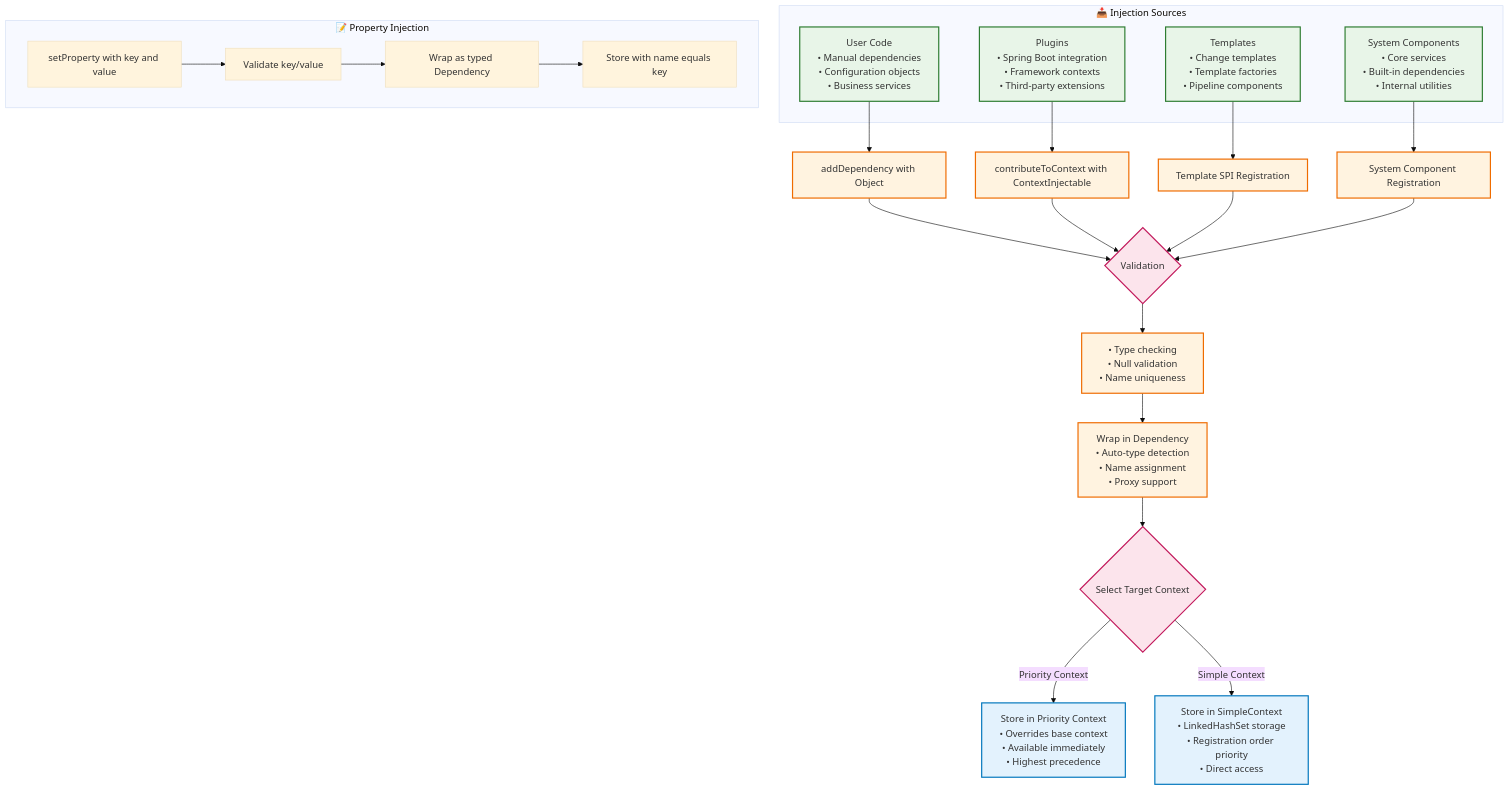
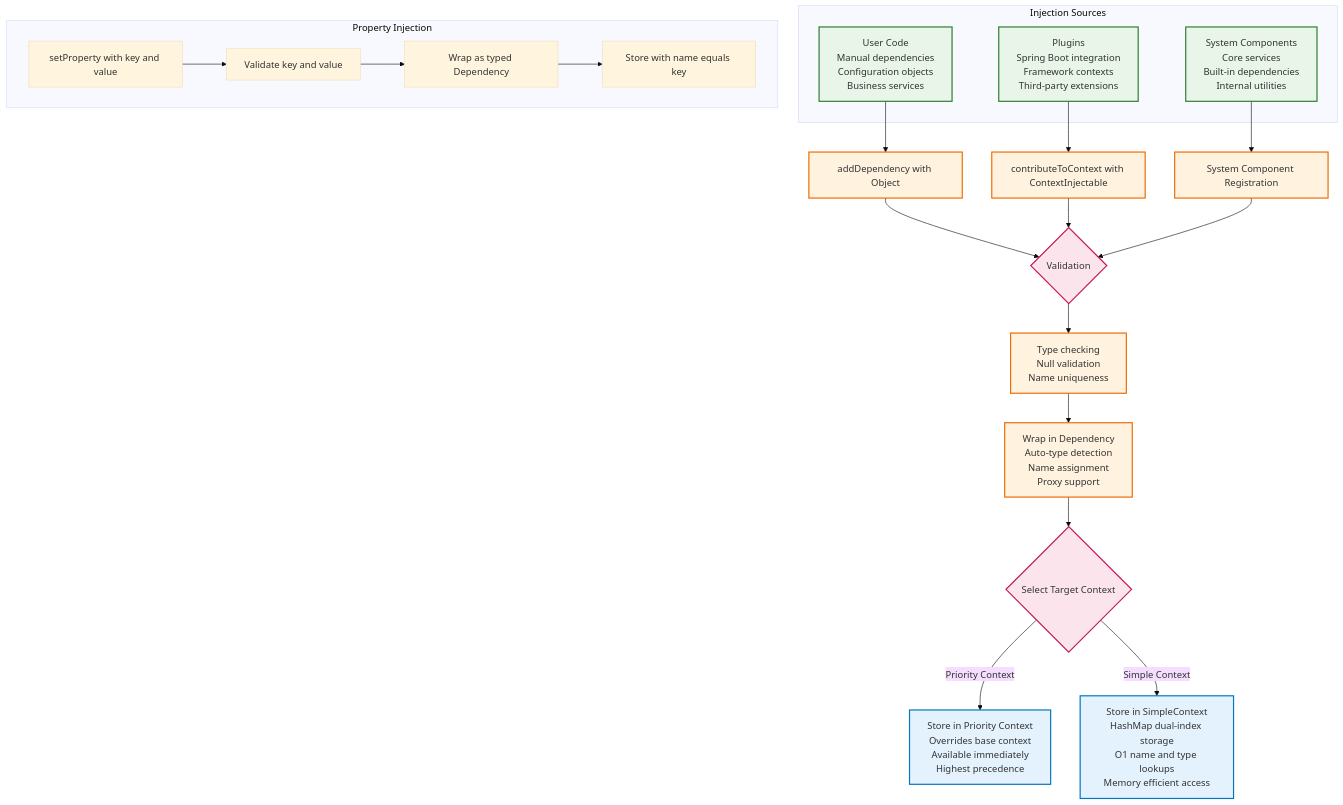
Before and after one commit to flamingock/flamingock-java: the third of 3 diagrams in docs/CONTEXT_ARCHITECTURE.md, drawn with Mermaid (base theme). The commit also changed other lines of this file and 21 other files, not shown here.

````diff
--- a/docs/CONTEXT_ARCHITECTURE.md
+++ b/docs/CONTEXT_ARCHITECTURE.md
@@ -122,43 +122,40 @@
 ```mermaid
 graph TD
     %% Style Classes
     classDef sourceClass fill:#e8f5e8,stroke:#2e7d32,stroke-width:2px
     classDef processClass fill:#fff3e0,stroke:#ef6c00,stroke-width:2px
     classDef targetClass fill:#e3f2fd,stroke:#0277bd,stroke-width:2px
     classDef validationClass fill:#fce4ec,stroke:#c2185b,stroke-width:2px
 
     %% Injection Sources
-    subgraph Sources["📥 Injection Sources"]
-        UserCode[User Code<br/>• Manual dependencies<br/>• Configuration objects<br/>• Business services]:::sourceClass
-        Plugins[Plugins<br/>• Spring Boot integration<br/>• Framework contexts<br/>• Third-party extensions]:::sourceClass
-        Templates[Templates<br/>• Change templates<br/>• Template factories<br/>• Pipeline components]:::sourceClass
-        System[System Components<br/>• Core services<br/>• Built-in dependencies<br/>• Internal utilities]:::sourceClass
+    subgraph Sources["Injection Sources"]
+        UserCode[User Code<br/>Manual dependencies<br/>Configuration objects<br/>Business services]:::sourceClass
+        Plugins[Plugins<br/>Spring Boot integration<br/>Framework contexts<br/>Third-party extensions]:::sourceClass
+        System[System Components<br/>Core services<br/>Built-in dependencies<br/>Internal utilities]:::sourceClass
     end
     
     %% Injection Process
     UserCode --> AddDependency[addDependency with Object]:::processClass
     Plugins --> ContributeContext[contributeToContext with ContextInjectable]:::processClass
-    Templates --> TemplateRegistration[Template SPI Registration]:::processClass
     System --> SystemInjection[System Component Registration]:::processClass
     
     AddDependency --> Validation{Validation}:::validationClass
     ContributeContext --> Validation
-    TemplateRegistration --> Validation
     SystemInjection --> Validation
     
-    Validation --> TypeCheck[• Type checking<br/>• Null validation<br/>• Name uniqueness]:::processClass
-    TypeCheck --> WrapDependency[Wrap in Dependency<br/>• Auto-type detection<br/>• Name assignment<br/>• Proxy support]:::processClass
+    Validation --> TypeCheck[Type checking<br/>Null validation<br/>Name uniqueness]:::processClass
+    TypeCheck --> WrapDependency[Wrap in Dependency<br/>Auto-type detection<br/>Name assignment<br/>Proxy support]:::processClass
     
     WrapDependency --> TargetSelection{Select Target Context}:::validationClass
-    TargetSelection -->|Priority Context| PriorityStorage[Store in Priority Context<br/>• Overrides base context<br/>• Available immediately<br/>• Highest precedence]:::targetClass
-    TargetSelection -->|Simple Context| SimpleStorage[Store in SimpleContext<br/>• LinkedHashSet storage<br/>• Registration order priority<br/>• Direct access]:::targetClass
+    TargetSelection -->|Priority Context| PriorityStorage[Store in Priority Context<br/>Overrides base context<br/>Available immediately<br/>Highest precedence]:::targetClass
+    TargetSelection -->|Simple Context| SimpleStorage[Store in SimpleContext<br/>HashMap dual-index storage<br/>O1 name and type lookups<br/>Memory efficient access]:::targetClass
     
     %% Property Injection
-    subgraph PropertyFlow["📝 Property Injection"]
+    subgraph PropertyFlow["Property Injection"]
         PropSet[setProperty with key and value]
-        PropValidate[Validate key/value]
+        PropValidate[Validate key and value]
         PropWrap[Wrap as typed Dependency]
         PropStore[Store with name equals key]
         PropSet --> PropValidate --> PropWrap --> PropStore
     end
 ```
````
